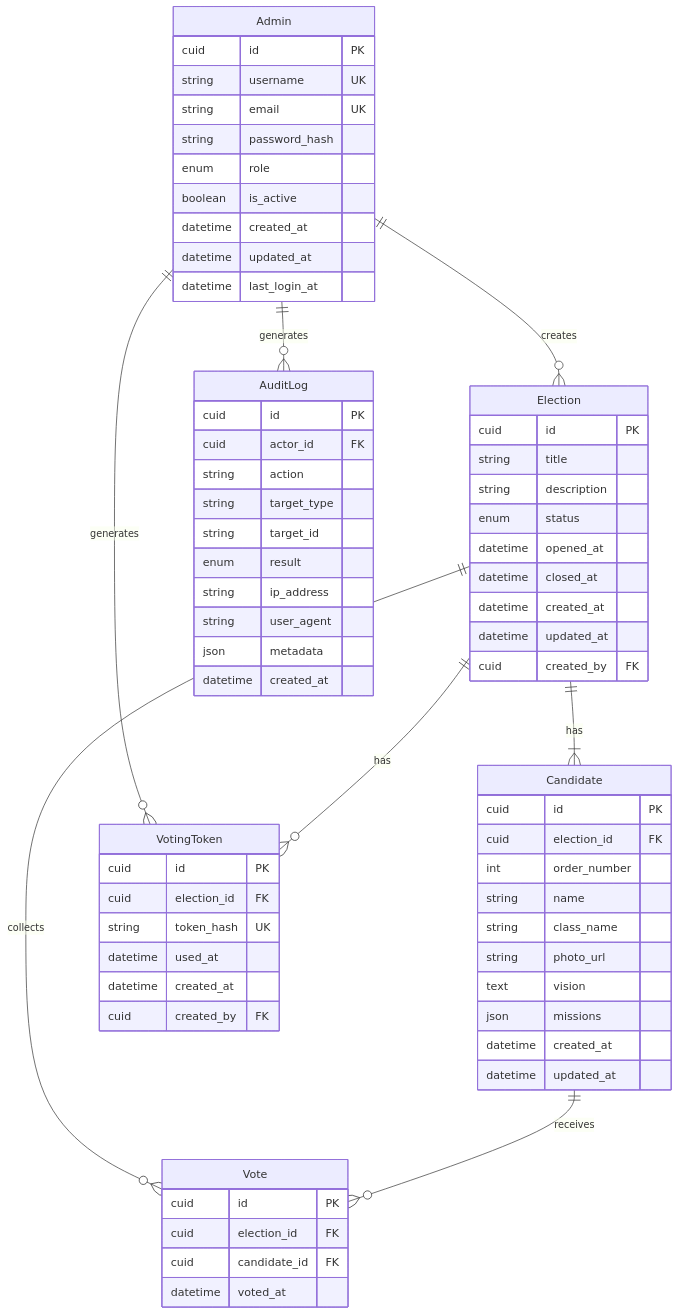
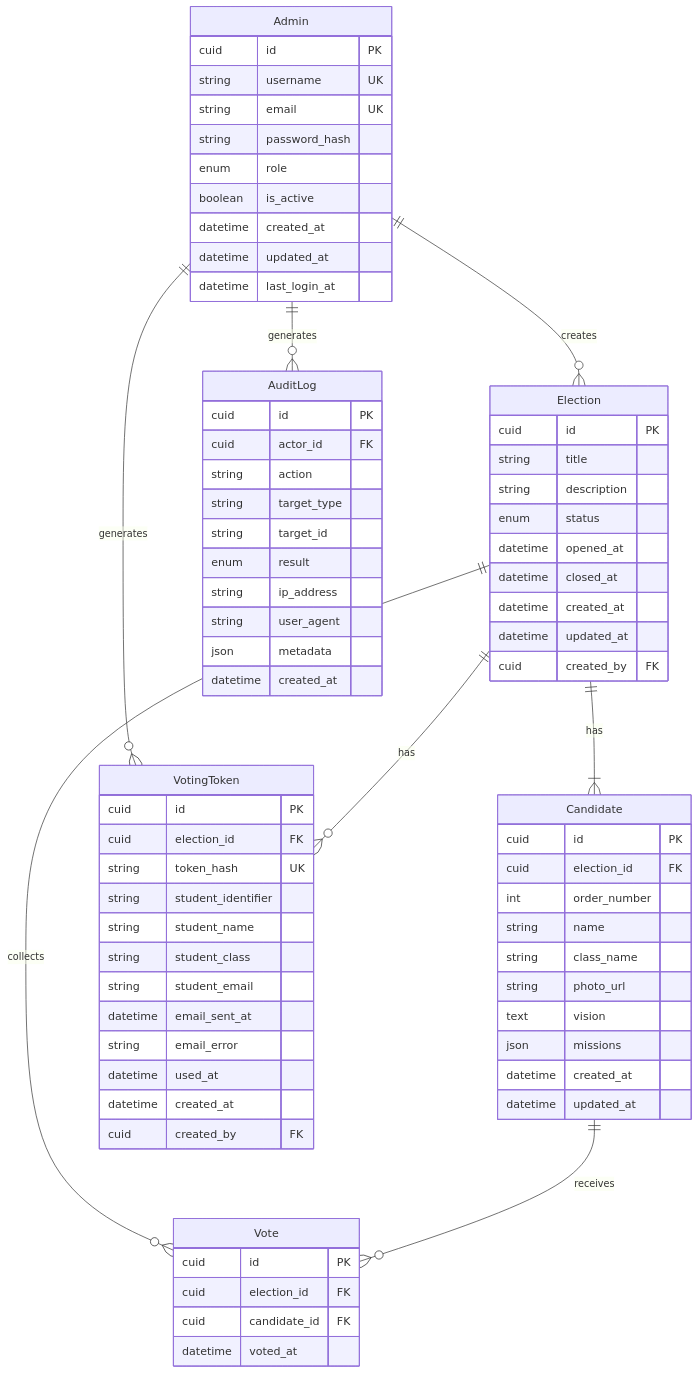
One commit to Claritys11/web-pilketos changed the diagram in docs/01_DATABASE_DESIGN.md. Above: the diagram before and after it, drawn with Mermaid. The commit also changed other lines of this file and 92 other files, not shown here.

````diff
--- a/docs/01_DATABASE_DESIGN.md
+++ b/docs/01_DATABASE_DESIGN.md
@@ -46,76 +46,82 @@
 ```mermaid
 erDiagram
     Admin {
         cuid    id           PK
         string  username     UK
         string  email        UK
         string  password_hash
         enum    role
         boolean is_active
         datetime created_at
         datetime updated_at
         datetime last_login_at
     }
 
     Election {
         cuid    id           PK
         string  title
         string  description
         enum    status
         datetime opened_at
         datetime closed_at
         datetime created_at
         datetime updated_at
         cuid    created_by   FK
     }
 
     Candidate {
         cuid    id           PK
         cuid    election_id  FK
         int     order_number
         string  name
         string  class_name
         string  photo_url
         text    vision
         json    missions
         datetime created_at
         datetime updated_at
     }
 
     VotingToken {
         cuid    id           PK
         cuid    election_id  FK
         string  token_hash   UK
+        string  student_identifier
+        string  student_name
+        string  student_class
+        string  student_email
+        datetime email_sent_at
+        string  email_error
         datetime used_at
         datetime created_at
         cuid    created_by   FK
     }
 
     Vote {
         cuid    id           PK
         cuid    election_id  FK
         cuid    candidate_id FK
         datetime voted_at
     }
 
     AuditLog {
         cuid    id           PK
         cuid    actor_id     FK
         string  action
         string  target_type
         string  target_id
         enum    result
         string  ip_address
         string  user_agent
         json    metadata
         datetime created_at
     }
 
     Admin ||--o{ Election      : "creates"
     Admin ||--o{ VotingToken   : "generates"
     Admin ||--o{ AuditLog      : "generates"
     Election ||--|{ Candidate  : "has"
     Election ||--o{ VotingToken: "has"
     Election ||--o{ Vote       : "collects"
     Candidate ||--o{ Vote      : "receives"
 ```
````
